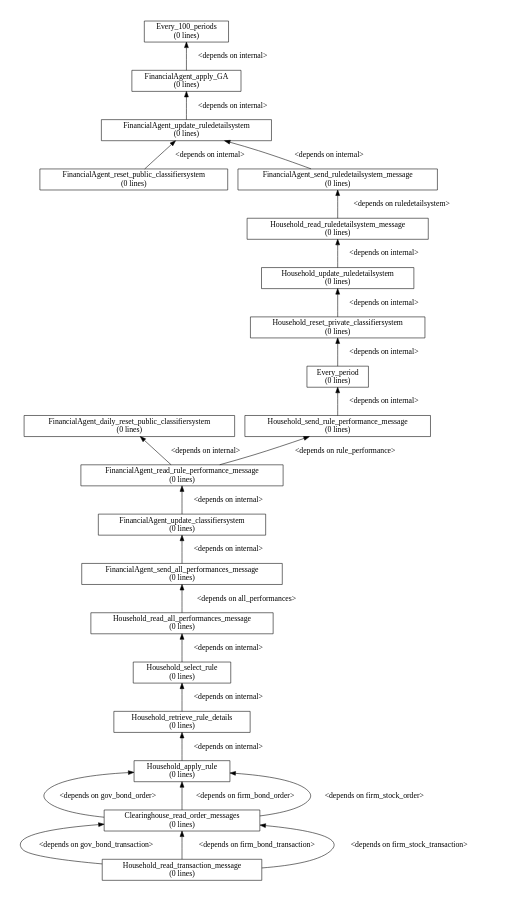
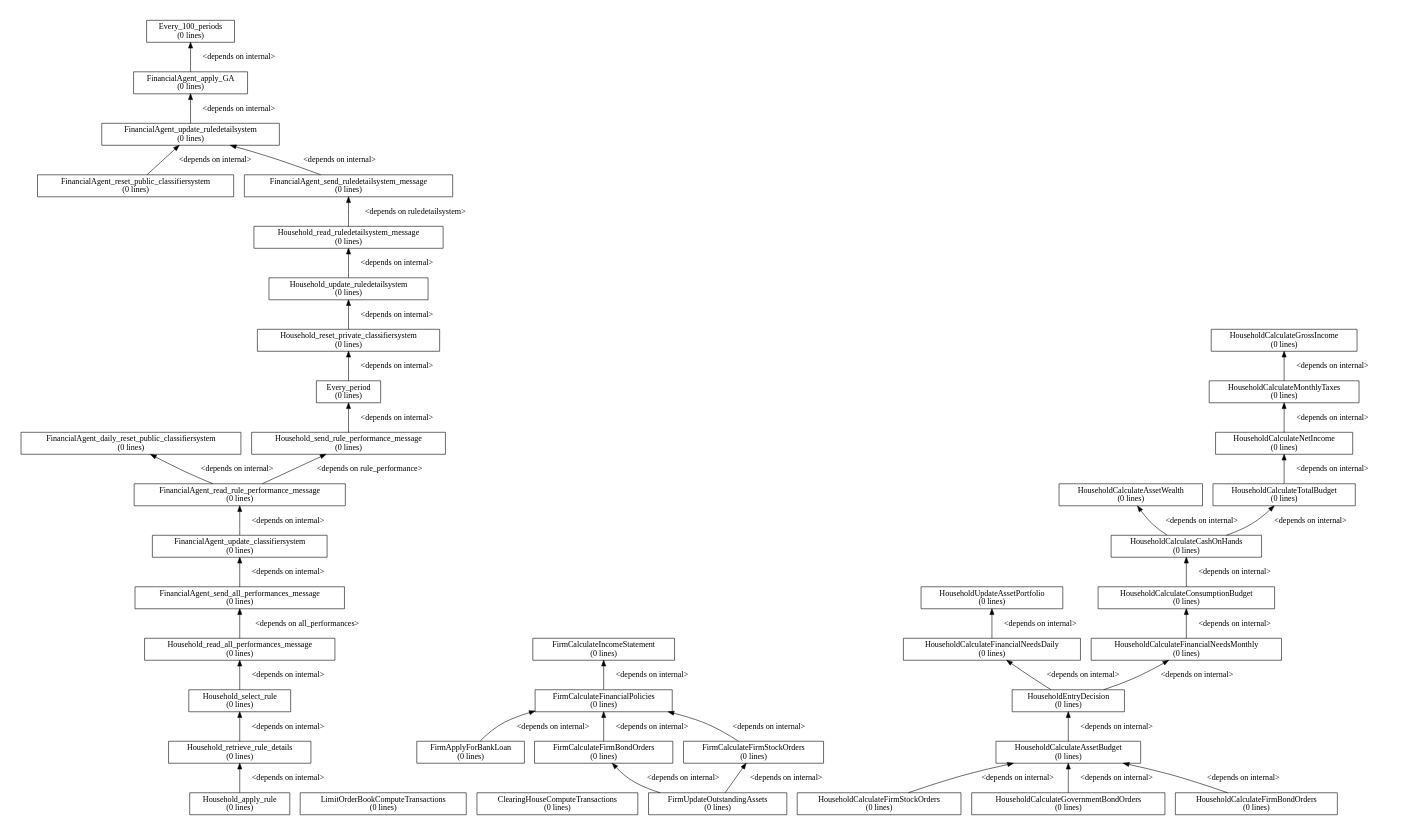
One commit to ETACE/EURACE changed the diagram in models/AFM/afm_branches/initial/portfolio_selection_ewa/dgraph.dot. Above: the diagram before and after it, drawn with Graphviz. The commit also changed 7 other files, not shown here.

```diff
--- a/models/AFM/afm_branches/initial/portfolio_selection_ewa/dgraph.dot
+++ b/models/AFM/afm_branches/initial/portfolio_selection_ewa/dgraph.dot
@@ -1,52 +1,87 @@
 digraph dependency_graph {
 	rankdir=BT;
 	size="8,5"
 	node [shape = rect];
 	
 	/* Functions */
 	FinancialAgent_send_ruledetailsystem_message[height = 0.000000, label = "FinancialAgent_send_ruledetailsystem_message\n(0 lines)"]
 	FinancialAgent_reset_public_classifiersystem[height = 0.000000, label = "FinancialAgent_reset_public_classifiersystem\n(0 lines)"]
 	FinancialAgent_update_ruledetailsystem[height = 0.000000, label = "FinancialAgent_update_ruledetailsystem\n(0 lines)"]
 	FinancialAgent_apply_GA[height = 0.000000, label = "FinancialAgent_apply_GA\n(0 lines)"]
 	Every_100_periods[height = 0.000000, label = "Every_100_periods\n(0 lines)"]
 	FinancialAgent_send_all_performances_message[height = 0.000000, label = "FinancialAgent_send_all_performances_message\n(0 lines)"]
 	FinancialAgent_update_classifiersystem[height = 0.000000, label = "FinancialAgent_update_classifiersystem\n(0 lines)"]
 	FinancialAgent_read_rule_performance_message[height = 0.000000, label = "FinancialAgent_read_rule_performance_message\n(0 lines)"]
 	FinancialAgent_daily_reset_public_classifiersystem[height = 0.000000, label = "FinancialAgent_daily_reset_public_classifiersystem\n(0 lines)"]
-	Clearinghouse_read_order_messages[height = 0.000000, label = "Clearinghouse_read_order_messages\n(0 lines)"]
-	Household_read_transaction_message[height = 0.000000, label = "Household_read_transaction_message\n(0 lines)"]
+	LimitOrderBookComputeTransactions[height = 0.000000, label = "LimitOrderBookComputeTransactions\n(0 lines)"]
+	ClearingHouseComputeTransactions[height = 0.000000, label = "ClearingHouseComputeTransactions\n(0 lines)"]
+	FirmApplyForBankLoan[height = 0.000000, label = "FirmApplyForBankLoan\n(0 lines)"]
+	FirmUpdateOutstandingAssets[height = 0.000000, label = "FirmUpdateOutstandingAssets\n(0 lines)"]
+	FirmCalculateFirmBondOrders[height = 0.000000, label = "FirmCalculateFirmBondOrders\n(0 lines)"]
+	FirmCalculateFirmStockOrders[height = 0.000000, label = "FirmCalculateFirmStockOrders\n(0 lines)"]
+	FirmCalculateFinancialPolicies[height = 0.000000, label = "FirmCalculateFinancialPolicies\n(0 lines)"]
+	FirmCalculateIncomeStatement[height = 0.000000, label = "FirmCalculateIncomeStatement\n(0 lines)"]
 	Household_reset_private_classifiersystem[height = 0.000000, label = "Household_reset_private_classifiersystem\n(0 lines)"]
 	Household_update_ruledetailsystem[height = 0.000000, label = "Household_update_ruledetailsystem\n(0 lines)"]
 	Household_read_ruledetailsystem_message[height = 0.000000, label = "Household_read_ruledetailsystem_message\n(0 lines)"]
 	Household_apply_rule[height = 0.000000, label = "Household_apply_rule\n(0 lines)"]
 	Household_retrieve_rule_details[height = 0.000000, label = "Household_retrieve_rule_details\n(0 lines)"]
 	Household_select_rule[height = 0.000000, label = "Household_select_rule\n(0 lines)"]
 	Household_read_all_performances_message[height = 0.000000, label = "Household_read_all_performances_message\n(0 lines)"]
 	Household_send_rule_performance_message[height = 0.000000, label = "Household_send_rule_performance_message\n(0 lines)"]
 	Every_period[height = 0.000000, label = "Every_period\n(0 lines)"]
+	HouseholdCalculateFirmStockOrders[height = 0.000000, label = "HouseholdCalculateFirmStockOrders\n(0 lines)"]
+	HouseholdCalculateGovernmentBondOrders[height = 0.000000, label = "HouseholdCalculateGovernmentBondOrders\n(0 lines)"]
+	HouseholdCalculateFirmBondOrders[height = 0.000000, label = "HouseholdCalculateFirmBondOrders\n(0 lines)"]
+	HouseholdCalculateAssetBudget[height = 0.000000, label = "HouseholdCalculateAssetBudget\n(0 lines)"]
+	HouseholdEntryDecision[height = 0.000000, label = "HouseholdEntryDecision\n(0 lines)"]
+	HouseholdCalculateFinancialNeedsDaily[height = 0.000000, label = "HouseholdCalculateFinancialNeedsDaily\n(0 lines)"]
+	HouseholdUpdateAssetPortfolio[height = 0.000000, label = "HouseholdUpdateAssetPortfolio\n(0 lines)"]
+	HouseholdCalculateFinancialNeedsMonthly[height = 0.000000, label = "HouseholdCalculateFinancialNeedsMonthly\n(0 lines)"]
+	HouseholdCalculateConsumptionBudget[height = 0.000000, label = "HouseholdCalculateConsumptionBudget\n(0 lines)"]
+	HouseholdCalculateCashOnHands[height = 0.000000, label = "HouseholdCalculateCashOnHands\n(0 lines)"]
+	HouseholdCalculateAssetWealth[height = 0.000000, label = "HouseholdCalculateAssetWealth\n(0 lines)"]
+	HouseholdCalculateTotalBudget[height = 0.000000, label = "HouseholdCalculateTotalBudget\n(0 lines)"]
+	HouseholdCalculateNetIncome[height = 0.000000, label = "HouseholdCalculateNetIncome\n(0 lines)"]
+	HouseholdCalculateMonthlyTaxes[height = 0.000000, label = "HouseholdCalculateMonthlyTaxes\n(0 lines)"]
+	HouseholdCalculateGrossIncome[height = 0.000000, label = "HouseholdCalculateGrossIncome\n(0 lines)"]
 	
 	/* Dependencies */
 	FinancialAgent_send_ruledetailsystem_message -> FinancialAgent_update_ruledetailsystem [ label = "<depends on internal>" ];
 	FinancialAgent_reset_public_classifiersystem -> FinancialAgent_update_ruledetailsystem [ label = "<depends on internal>" ];
 	FinancialAgent_update_ruledetailsystem -> FinancialAgent_apply_GA [ label = "<depends on internal>" ];
 	FinancialAgent_apply_GA -> Every_100_periods [ label = "<depends on internal>" ];
 	FinancialAgent_send_all_performances_message -> FinancialAgent_update_classifiersystem [ label = "<depends on internal>" ];
 	FinancialAgent_update_classifiersystem -> FinancialAgent_read_rule_performance_message [ label = "<depends on internal>" ];
 	FinancialAgent_read_rule_performance_message -> Household_send_rule_performance_message [ label = "<depends on rule_performance>" ];
 	FinancialAgent_read_rule_performance_message -> FinancialAgent_daily_reset_public_classifiersystem [ label = "<depends on internal>" ];
-	Clearinghouse_read_order_messages -> Household_apply_rule [ label = "<depends on gov_bond_order>" ];
-	Clearinghouse_read_order_messages -> Household_apply_rule [ label = "<depends on firm_bond_order>" ];
-	Clearinghouse_read_order_messages -> Household_apply_rule [ label = "<depends on firm_stock_order>" ];
-	Household_read_transaction_message -> Clearinghouse_read_order_messages [ label = "<depends on gov_bond_transaction>" ];
-	Household_read_transaction_message -> Clearinghouse_read_order_messages [ label = "<depends on firm_bond_transaction>" ];
-	Household_read_transaction_message -> Clearinghouse_read_order_messages [ label = "<depends on firm_stock_transaction>" ];
+	FirmApplyForBankLoan -> FirmCalculateFinancialPolicies [ label = "<depends on internal>" ];
+	FirmUpdateOutstandingAssets -> FirmCalculateFirmBondOrders [ label = "<depends on internal>" ];
+	FirmUpdateOutstandingAssets -> FirmCalculateFirmStockOrders [ label = "<depends on internal>" ];
+	FirmCalculateFirmBondOrders -> FirmCalculateFinancialPolicies [ label = "<depends on internal>" ];
+	FirmCalculateFirmStockOrders -> FirmCalculateFinancialPolicies [ label = "<depends on internal>" ];
+	FirmCalculateFinancialPolicies -> FirmCalculateIncomeStatement [ label = "<depends on internal>" ];
 	Household_reset_private_classifiersystem -> Household_update_ruledetailsystem [ label = "<depends on internal>" ];
 	Household_update_ruledetailsystem -> Household_read_ruledetailsystem_message [ label = "<depends on internal>" ];
 	Household_read_ruledetailsystem_message -> FinancialAgent_send_ruledetailsystem_message [ label = "<depends on ruledetailsystem>" ];
 	Household_apply_rule -> Household_retrieve_rule_details [ label = "<depends on internal>" ];
 	Household_retrieve_rule_details -> Household_select_rule [ label = "<depends on internal>" ];
 	Household_select_rule -> Household_read_all_performances_message [ label = "<depends on internal>" ];
 	Household_read_all_performances_message -> FinancialAgent_send_all_performances_message [ label = "<depends on all_performances>" ];
 	Household_send_rule_performance_message -> Every_period [ label = "<depends on internal>" ];
 	Every_period -> Household_reset_private_classifiersystem [ label = "<depends on internal>" ];
+	HouseholdCalculateFirmStockOrders -> HouseholdCalculateAssetBudget [ label = "<depends on internal>" ];
+	HouseholdCalculateGovernmentBondOrders -> HouseholdCalculateAssetBudget [ label = "<depends on internal>" ];
+	HouseholdCalculateFirmBondOrders -> HouseholdCalculateAssetBudget [ label = "<depends on internal>" ];
+	HouseholdCalculateAssetBudget -> HouseholdEntryDecision [ label = "<depends on internal>" ];
+	HouseholdEntryDecision -> HouseholdCalculateFinancialNeedsMonthly [ label = "<depends on internal>" ];
+	HouseholdEntryDecision -> HouseholdCalculateFinancialNeedsDaily [ label = "<depends on internal>" ];
+	HouseholdCalculateFinancialNeedsDaily -> HouseholdUpdateAssetPortfolio [ label = "<depends on internal>" ];
+	HouseholdCalculateFinancialNeedsMonthly -> HouseholdCalculateConsumptionBudget [ label = "<depends on internal>" ];
+	HouseholdCalculateConsumptionBudget -> HouseholdCalculateCashOnHands [ label = "<depends on internal>" ];
+	HouseholdCalculateCashOnHands -> HouseholdCalculateAssetWealth [ label = "<depends on internal>" ];
+	HouseholdCalculateCashOnHands -> HouseholdCalculateTotalBudget [ label = "<depends on internal>" ];
+	HouseholdCalculateTotalBudget -> HouseholdCalculateNetIncome [ label = "<depends on internal>" ];
+	HouseholdCalculateNetIncome -> HouseholdCalculateMonthlyTaxes [ label = "<depends on internal>" ];
+	HouseholdCalculateMonthlyTaxes -> HouseholdCalculateGrossIncome [ label = "<depends on internal>" ];
 }
```
